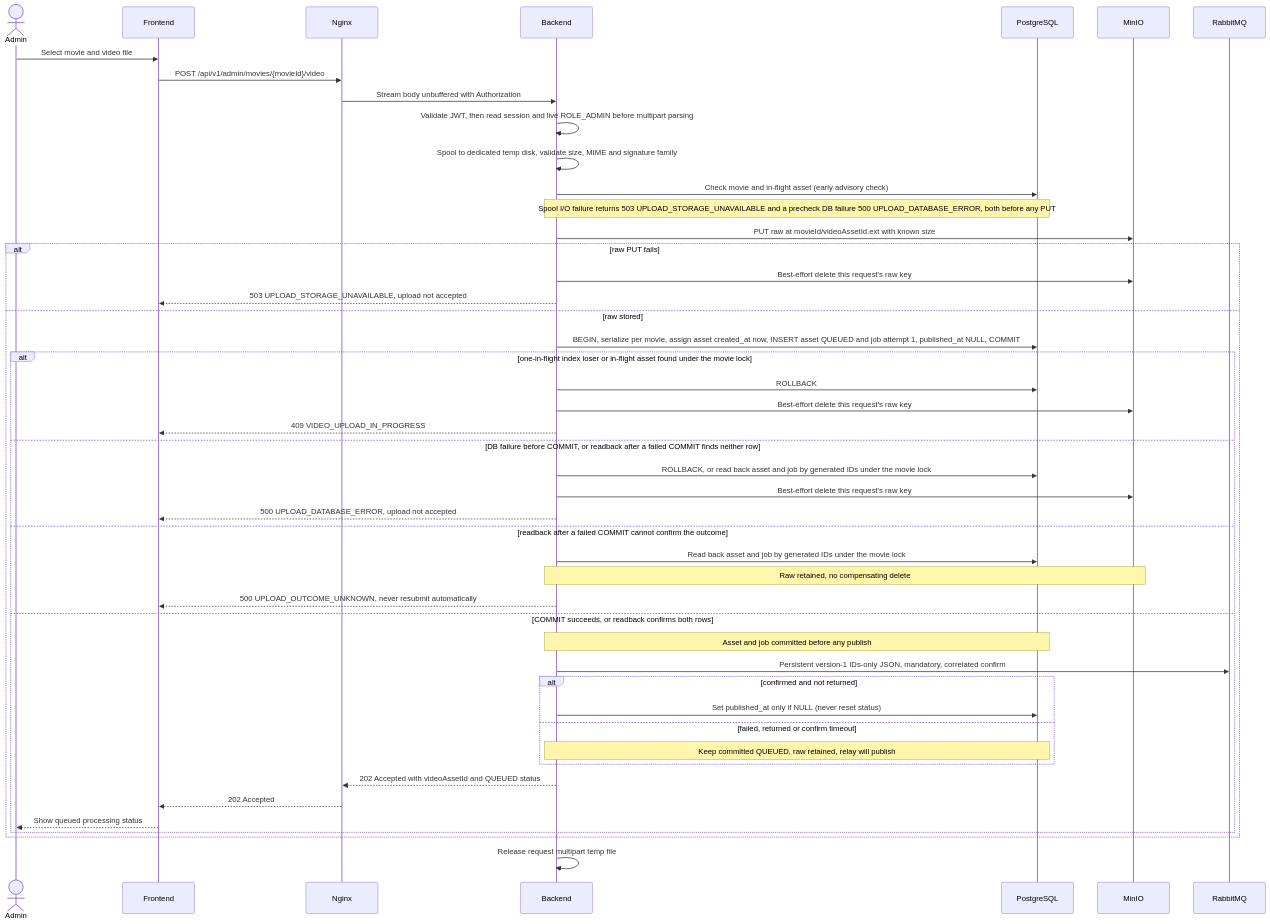
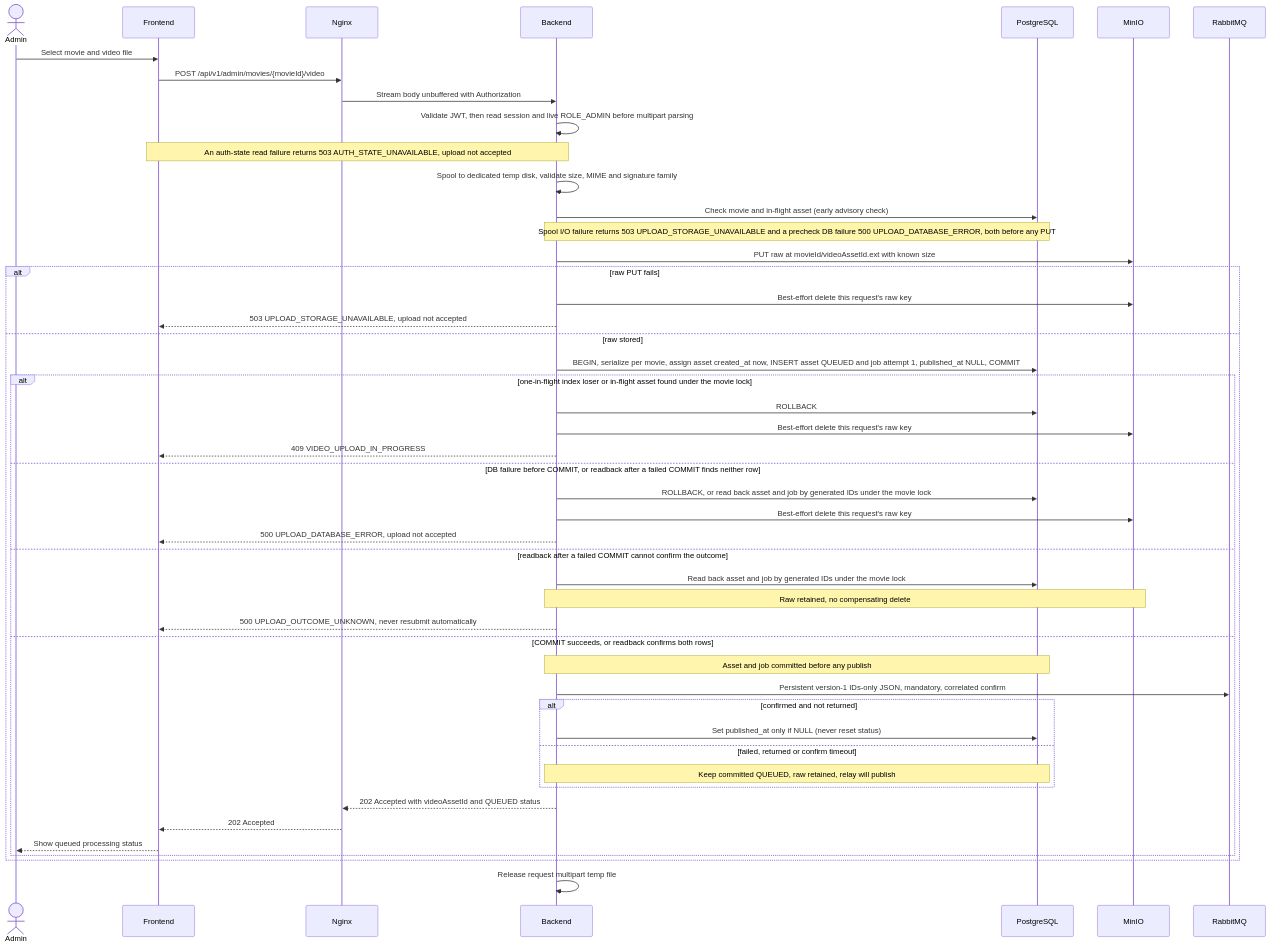
The first of 9 diagrams in docs/architecture/SEQUENCE-DIAGRAMS.md (Duyphanb/Self-hosted-VoD-Platform), drawn with Mermaid before and after one commit. The commit also changed 5 other files, not shown here.

````diff
--- a/docs/architecture/SEQUENCE-DIAGRAMS.md
+++ b/docs/architecture/SEQUENCE-DIAGRAMS.md
@@ -9,50 +9,51 @@
 ```mermaid
 sequenceDiagram
     actor Admin
     participant Frontend
     participant Nginx
     participant Backend
     participant PostgreSQL
     participant MinIO
     participant RabbitMQ
 
     Admin->>Frontend: Select movie and video file
     Frontend->>Nginx: POST /api/v1/admin/movies/{movieId}/video
     Nginx->>Backend: Stream body unbuffered with Authorization
     Backend->>Backend: Validate JWT, then read session and live ROLE_ADMIN before multipart parsing
+    Note over Frontend,Backend: An auth-state read failure returns 503 AUTH_STATE_UNAVAILABLE, upload not accepted
     Backend->>Backend: Spool to dedicated temp disk, validate size, MIME and signature family
     Backend->>PostgreSQL: Check movie and in-flight asset (early advisory check)
     Note over Backend,PostgreSQL: Spool I/O failure returns 503 UPLOAD_STORAGE_UNAVAILABLE and a precheck DB failure 500 UPLOAD_DATABASE_ERROR, both before any PUT
     Backend->>MinIO: PUT raw at movieId/videoAssetId.ext with known size
     alt raw PUT fails
         Backend->>MinIO: Best-effort delete this request's raw key
         Backend-->>Frontend: 503 UPLOAD_STORAGE_UNAVAILABLE, upload not accepted
     else raw stored
         Backend->>PostgreSQL: BEGIN, serialize per movie, assign asset created_at now, INSERT asset QUEUED and job attempt 1, published_at NULL, COMMIT
         alt one-in-flight index loser or in-flight asset found under the movie lock
             Backend->>PostgreSQL: ROLLBACK
             Backend->>MinIO: Best-effort delete this request's raw key
             Backend-->>Frontend: 409 VIDEO_UPLOAD_IN_PROGRESS
         else DB failure before COMMIT, or readback after a failed COMMIT finds neither row
             Backend->>PostgreSQL: ROLLBACK, or read back asset and job by generated IDs under the movie lock
             Backend->>MinIO: Best-effort delete this request's raw key
             Backend-->>Frontend: 500 UPLOAD_DATABASE_ERROR, upload not accepted
         else readback after a failed COMMIT cannot confirm the outcome
             Backend->>PostgreSQL: Read back asset and job by generated IDs under the movie lock
             Note over Backend,MinIO: Raw retained, no compensating delete
             Backend-->>Frontend: 500 UPLOAD_OUTCOME_UNKNOWN, never resubmit automatically
         else COMMIT succeeds, or readback confirms both rows
             Note over Backend,PostgreSQL: Asset and job committed before any publish
             Backend->>RabbitMQ: Persistent version-1 IDs-only JSON, mandatory, correlated confirm
             alt confirmed and not returned
                 Backend->>PostgreSQL: Set published_at only if NULL (never reset status)
             else failed, returned or confirm timeout
                 Note over Backend,PostgreSQL: Keep committed QUEUED, raw retained, relay will publish
             end
             Backend-->>Nginx: 202 Accepted with videoAssetId and QUEUED status
             Nginx-->>Frontend: 202 Accepted
             Frontend-->>Admin: Show queued processing status
         end
     end
     Backend->>Backend: Release request multipart temp file
 ```
````
